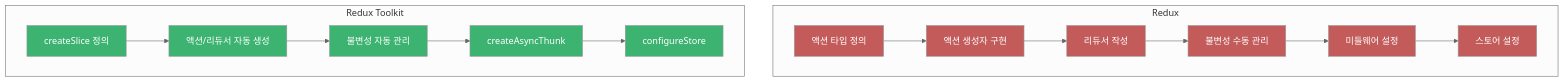
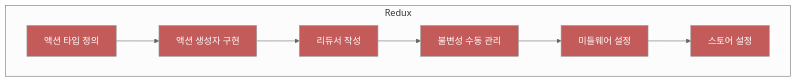
One commit to KalGookSoo/react-redux-basic changed the fifth of 6 diagrams in chapters/03-1_why_redux_toolkit.md. Above: the diagram before and after it, drawn with Mermaid (neutral theme).

Commit message:
docs: Redux Toolkit 섹션 Mermaid 그래프 재구조화 및 코드 블록 분리

````diff
--- a/chapters/03-1_why_redux_toolkit.md
+++ b/chapters/03-1_why_redux_toolkit.md
@@ -394,30 +394,17 @@
 ```mermaid
 graph TB
     subgraph "Redux"
     A1[액션 타입 정의] --> B1[액션 생성자 구현]
     B1 --> C1[리듀서 작성]
     C1 --> D1[불변성 수동 관리]
     D1 --> E1[미들웨어 설정]
     E1 --> F1[스토어 설정]
     end
     
-    subgraph "Redux Toolkit"
-    A2[createSlice 정의] --> B2[액션/리듀서 자동 생성]
-    B2 --> C2[불변성 자동 관리]
-    C2 --> D2[createAsyncThunk]
-    D2 --> E2[configureStore]
-    end
-    
     style A1 fill:#c35b5b,color:white
     style B1 fill:#c35b5b,color:white
     style C1 fill:#c35b5b,color:white
     style D1 fill:#c35b5b,color:white
     style E1 fill:#c35b5b,color:white
     style F1 fill:#c35b5b,color:white
-    
-    style A2 fill:#3cb371,color:white
-    style B2 fill:#3cb371,color:white
-    style C2 fill:#3cb371,color:white
-    style D2 fill:#3cb371,color:white
-    style E2 fill:#3cb371,color:white
 ```
````
